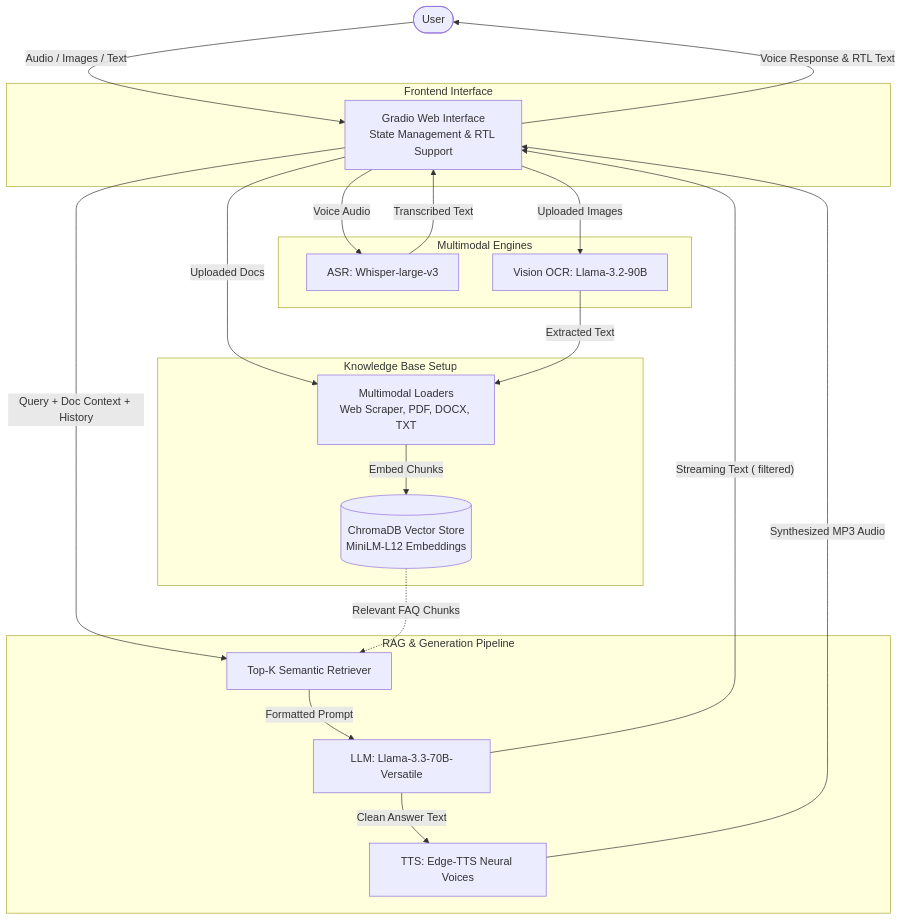
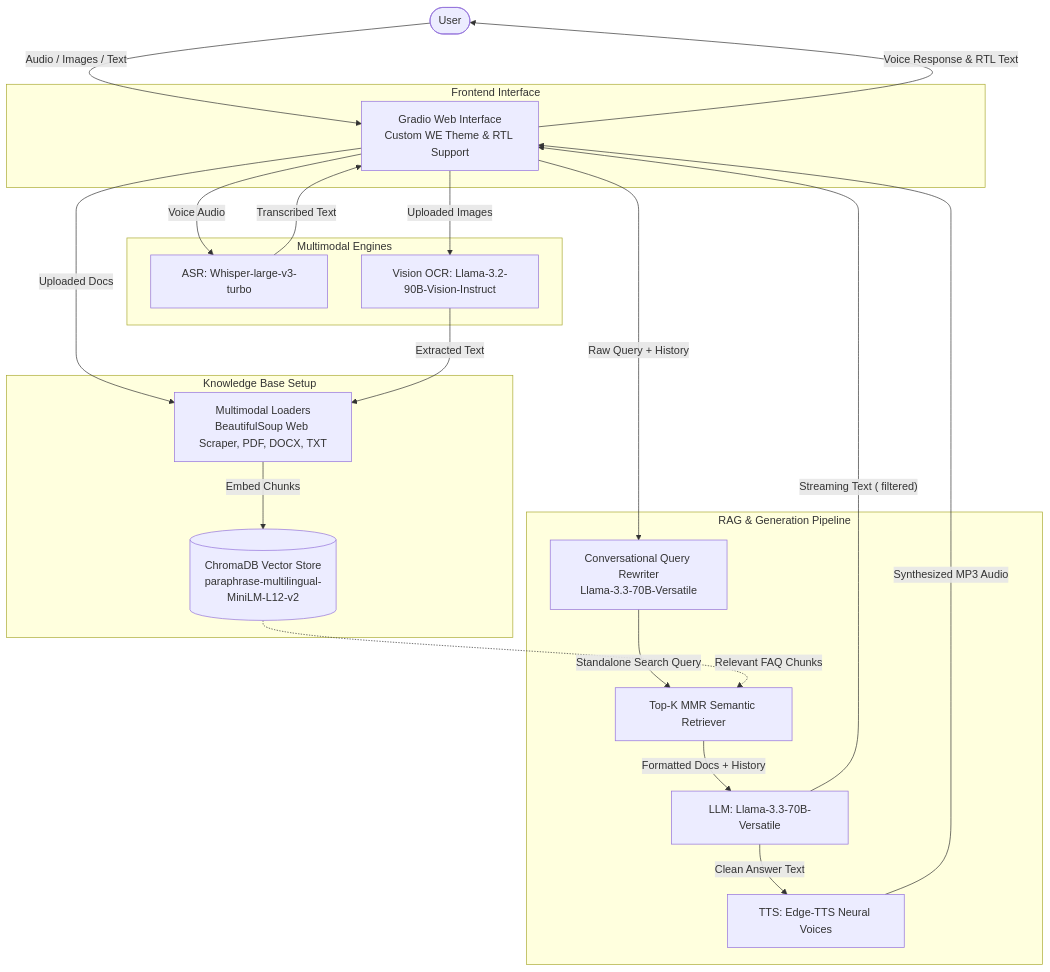
The diagram in README.md (MalakHisham121/TelecomEgypt_intelligent-assistant), drawn with Mermaid before and after one commit. The commit also changed other lines of this file, not shown here.

````diff
--- a/README.md
+++ b/README.md
@@ -15,46 +18,49 @@
 ```mermaid
 graph TD
     User([User])
 
     subgraph UI [Frontend Interface]
-        App[Gradio Web Interface<br/>State Management & RTL Support]
+        App[Gradio Web Interface<br/>Custom WE Theme & RTL Support]
     end
 
     subgraph Ingestion [Knowledge Base Setup]
-        Loaders[Multimodal Loaders<br/>Web Scraper, PDF, DOCX, TXT]
-        Chroma[(ChromaDB Vector Store<br/>MiniLM-L12 Embeddings)]
+        Loaders[Multimodal Loaders<br/>BeautifulSoup Web Scraper, PDF, DOCX, TXT]
+        Chroma[(ChromaDB Vector Store<br/>paraphrase-multilingual-MiniLM-L12-v2)]
         Loaders -->|"Embed Chunks"| Chroma
     end
 
     subgraph Processing [Multimodal Engines]
-        ASR[ASR: Whisper-large-v3]
-        OCR[Vision OCR: Llama-3.2-90B]
+        ASR[ASR: Whisper-large-v3-turbo]
+        OCR[Vision OCR: Llama-3.2-90B-Vision-Instruct]
     end
 
     subgraph RAG [RAG & Generation Pipeline]
-        Retriever[Top-K Semantic Retriever]
+        Rewriter[Conversational Query Rewriter<br/>Llama-3.3-70B-Versatile]
+        Retriever[Top-K MMR Semantic Retriever]
         LLM[LLM: Llama-3.3-70B-Versatile]
         TTS[TTS: Edge-TTS Neural Voices]
     end
 
     %% Input Routing
     User -->|"Audio / Images / Text"| App
     App -->|"Voice Audio"| ASR
     App -->|"Uploaded Images"| OCR
     App -->|"Uploaded Docs"| Loaders
     
     %% Processing Routing
     ASR -->|"Transcribed Text"| App
     OCR -->|"Extracted Text"| Loaders
     
     %% Retrieval & Generation
-    App -->|"Query + Doc Context + History"| Retriever
+    App -->|"Raw Query + History"| Rewriter
+    Rewriter -->|"Standalone Search Query"| Retriever
     Chroma -.->|"Relevant FAQ Chunks"| Retriever
-    Retriever -->|"Formatted Prompt"| LLM
+    Retriever -->|"Formatted Docs + History"| LLM
     
     %% Output Routing
     LLM -->|"Streaming Text (<think> filtered)"| App
     LLM -->|"Clean Answer Text"| TTS
     TTS -->|"Synthesized MP3 Audio"| App
     App -->|"Voice Response & RTL Text"| User
+
 ```
````
